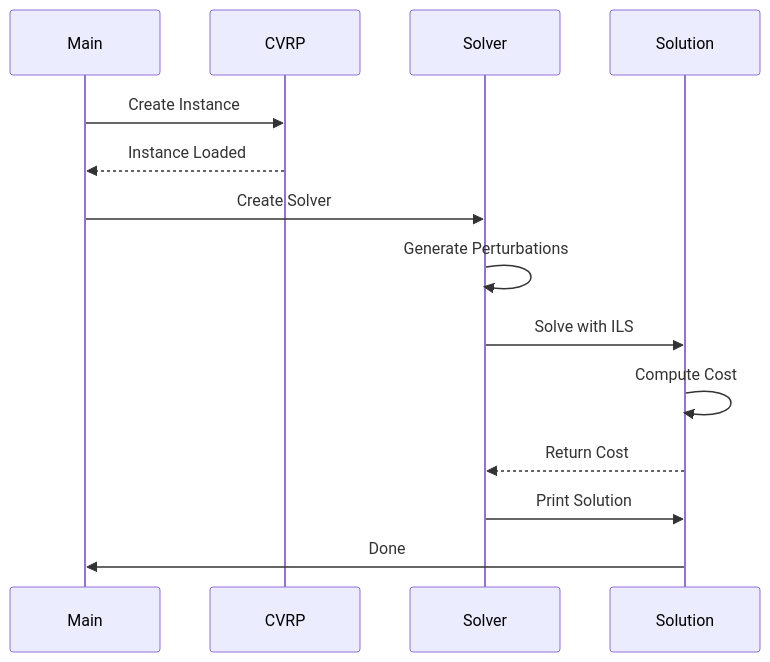
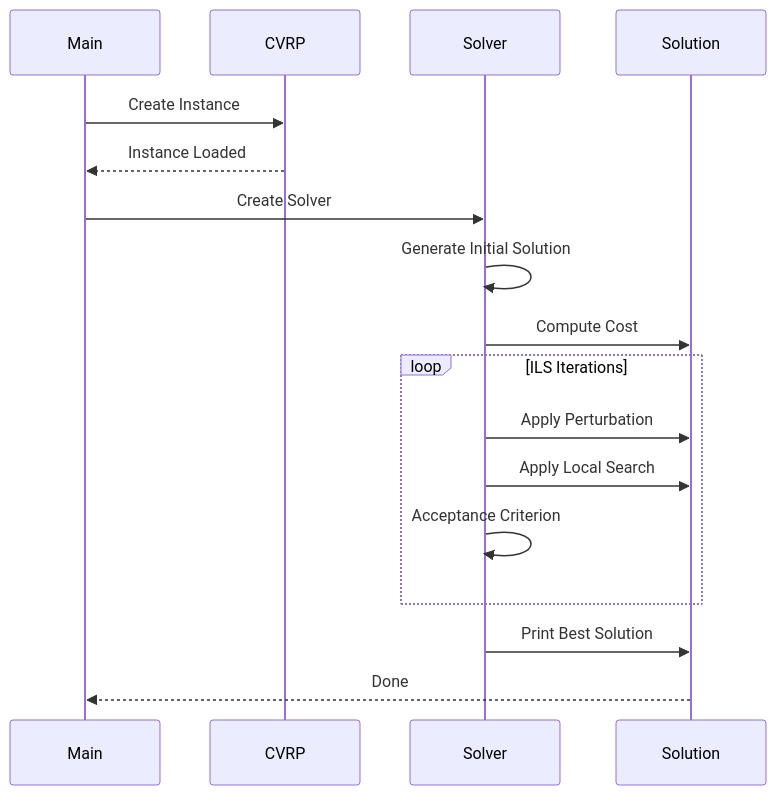
One commit to IsaacKosloski/CapacitatedVehicleRoutingProblem-ILS changed the third of 3 diagrams in README.md. Above: the diagram before and after it, drawn with Mermaid. The commit also changed other lines of this file, not shown here.

````diff
--- a/README.md
+++ b/README.md
@@ -157,16 +652,19 @@
 ```mermaid
-sequenceDiagram;
+sequenceDiagram
     participant Main
     participant CVRP
     participant Solver
     participant Solution
     Main->>CVRP: Create Instance
     CVRP-->>Main: Instance Loaded
     Main->>Solver: Create Solver
-    Solver->>Solver: Generate Perturbations
-    Solver->>Solution: Solve with ILS
-    Solution->>Solution: Compute Cost
-    Solution-->>Solver: Return Cost
-    Solver->>Solution: Print Solution
-    Solution->>Main: Done
+    Solver->>Solver: Generate Initial Solution
+    Solver->>Solution: Compute Cost
+    loop ILS Iterations
+        Solver->>Solution: Apply Perturbation
+        Solver->>Solution: Apply Local Search
+        Solver->>Solver: Acceptance Criterion
+    end
+    Solver->>Solution: Print Best Solution
+    Solution-->>Main: Done
 ```
````
